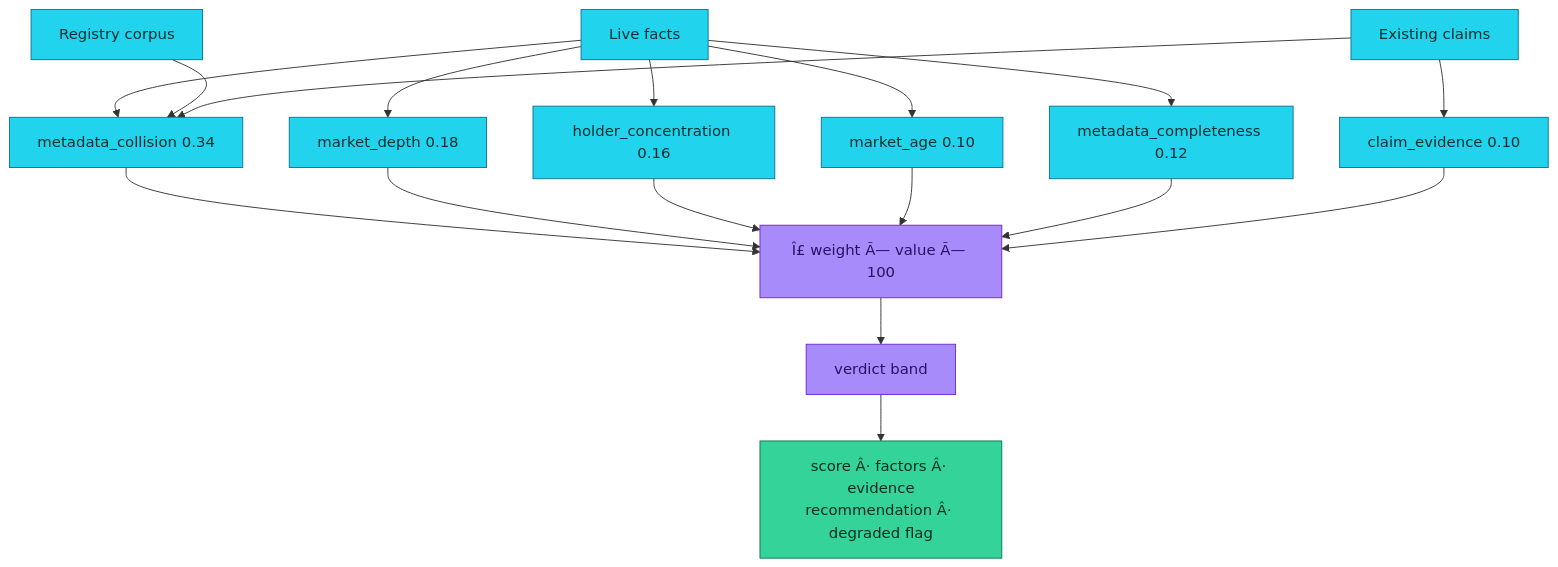
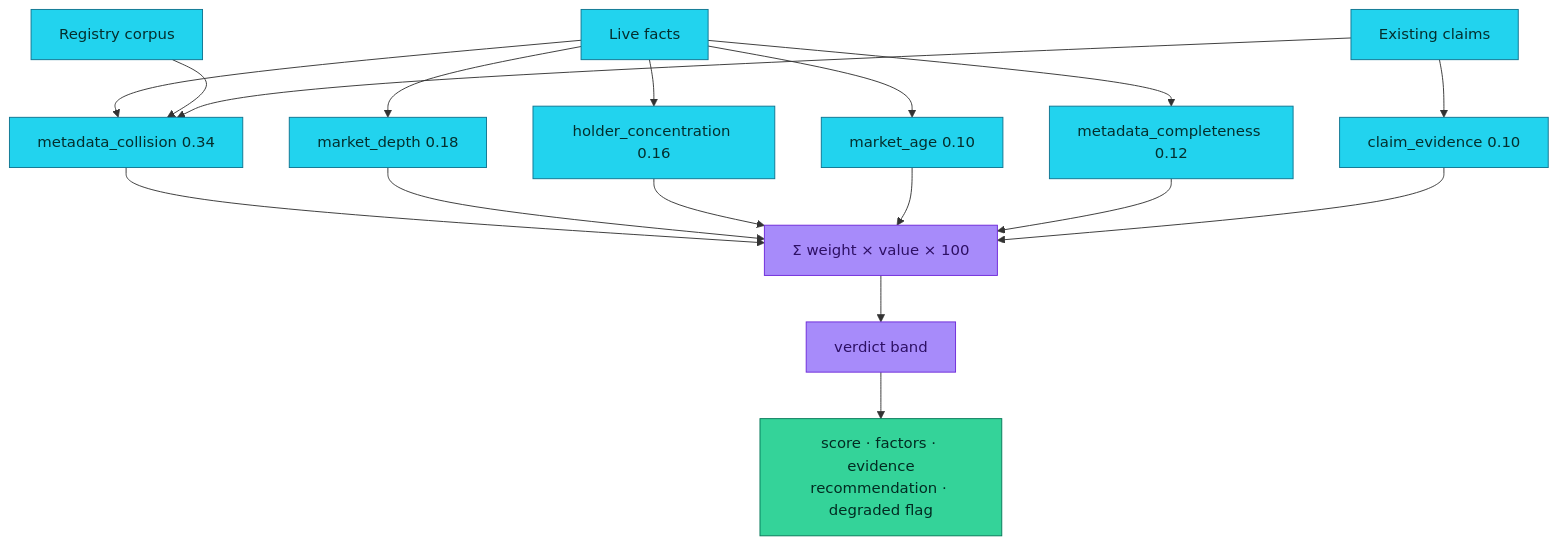
Before and after one commit to aniruddhaadak80/mintline: the second of 8 diagrams in README.md, drawn with Mermaid. The commit also changed other lines of this file and 14 other files, not shown here.

````diff
--- a/README.md
+++ b/README.md
@@ -276,26 +280,26 @@
 ```mermaid
 graph TB
   Facts["Live facts"] --> C1["metadata_collision 0.34"]
   Corpus["Registry corpus"] --> C1
   Claims["Existing claims"] --> C1
   Facts --> C2["market_depth 0.18"]
   Facts --> C3["holder_concentration 0.16"]
   Facts --> C4["market_age 0.10"]
   Facts --> C5["metadata_completeness 0.12"]
   Claims --> C6["claim_evidence 0.10"]
-  C1 --> Sum["Î£ weight Ã— value Ã— 100"]
+  C1 --> Sum["Σ weight × value × 100"]
   C2 --> Sum
   C3 --> Sum
   C4 --> Sum
   C5 --> Sum
   C6 --> Sum
   Sum --> Band["verdict band"]
-  Band --> Out["score Â· factors Â· evidence<br/>recommendation Â· degraded flag"]
+  Band --> Out["score · factors · evidence<br/>recommendation · degraded flag"]
 
   classDef eng fill:#a78bfa,stroke:#6d28d9,color:#2e1065
   classDef live fill:#22d3ee,stroke:#0e7490,color:#042f2e
   classDef out fill:#34d399,stroke:#047857,color:#022c22
   class Facts,Corpus,Claims,C1,C2,C3,C4,C5,C6 live
   class Sum,Band eng
   class Out out
 ```
````
